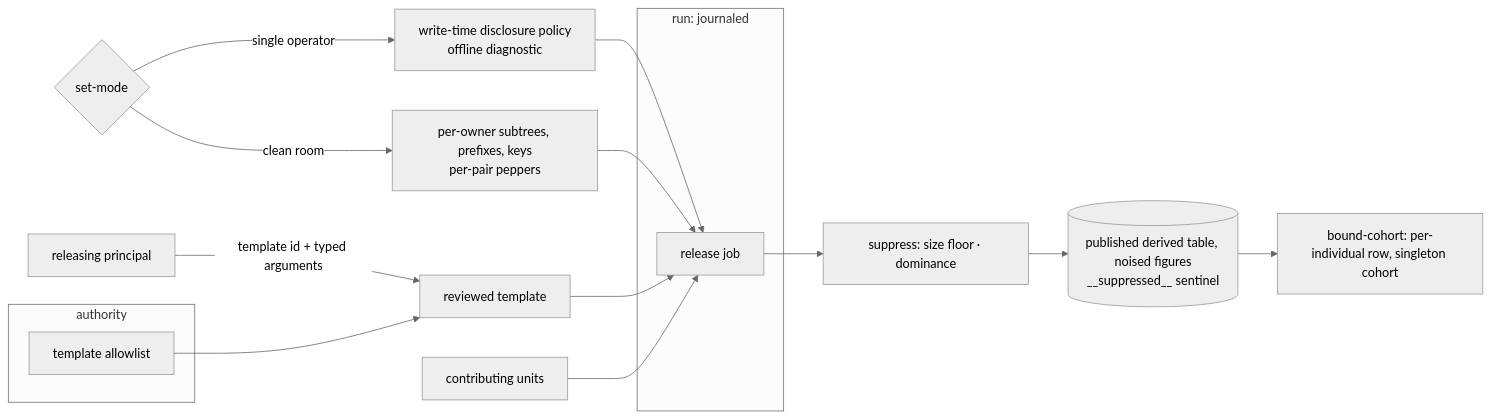
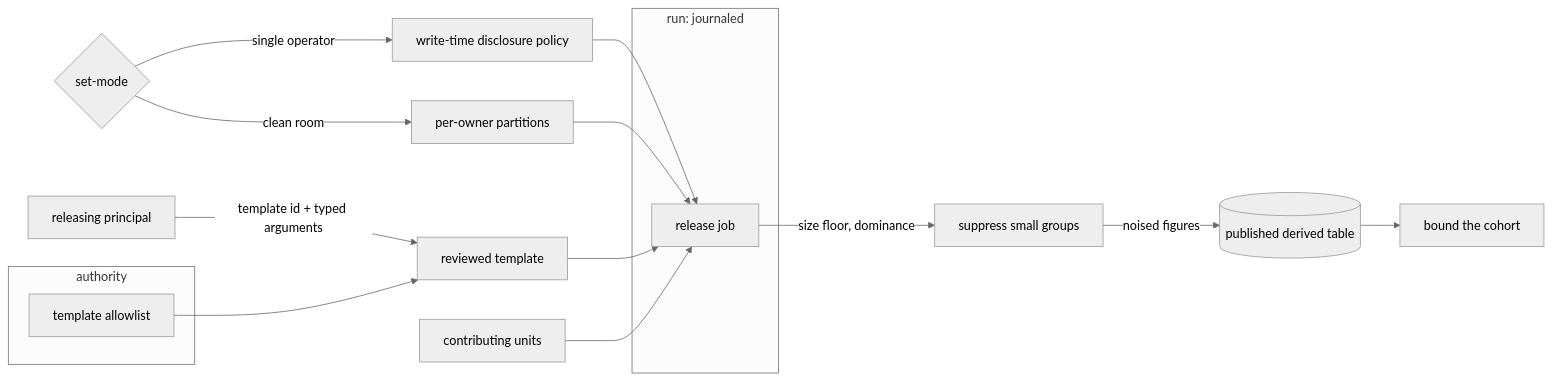
One commit to fractalboxdev/contextful changed the first of 2 diagrams in spec/61-disclosure.md. Above: the diagram before and after it, drawn with Mermaid (neutral theme). The commit also changed other lines of this file and 24 other files, not shown here.

First line of the commit message:
spec: every flowchart draws one entity or process per node

````diff
--- a/spec/61-disclosure.md
+++ b/spec/61-disclosure.md
@@ -20,21 +20,21 @@
 ```mermaid
 flowchart LR
-  MODE{"set-mode"} -- "single operator" --> SO["write-time disclosure policy<br/>offline diagnostic"]
-  MODE -- "clean room" --> CR["per-owner subtrees, prefixes, keys<br/>per-pair peppers"]
+  MODE{"set-mode"} -- "single operator" --> SO["write-time disclosure policy"]
+  MODE -- "clean room" --> CR["per-owner partitions"]
   CALLER["releasing principal"] -- "template id + typed arguments" --> TPL["reviewed template"]
   subgraph AUTH["authority"]
     TA["template allowlist"]
   end
   subgraph RUN["run: journaled"]
     REL["release job"]
   end
   UNITS["contributing units"]
   TA --> TPL
   SO --> REL
   CR --> REL
   TPL --> REL
   UNITS --> REL
-  REL --> SUP["suppress: size floor · dominance"]
-  SUP --> PUB[("published derived table, noised figures<br/>__suppressed__ sentinel")]
-  PUB --> COH["bound-cohort: per-individual row, singleton cohort"]
+  REL -- "size floor, dominance" --> SUP["suppress small groups"]
+  SUP -- "noised figures" --> PUB[("published derived table")]
+  PUB --> COH["bound the cohort"]
 ```
````
